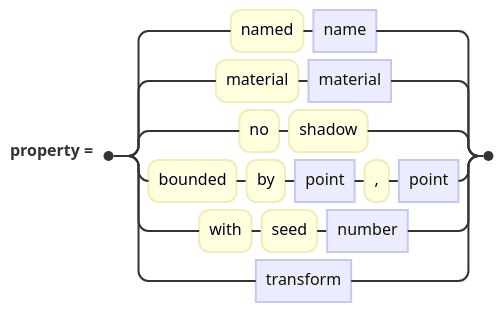
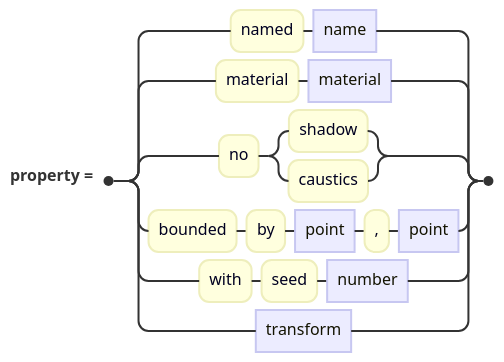
One commit to jskress/RayTracer changed the diagram in docs/diagrams/surfaces/surfaceEntryClause.mmd. Above: the diagram before and after it, drawn with Mermaid. The commit also changed 55 other files, not shown here.

```diff
--- a/docs/diagrams/surfaces/surfaceEntryClause.mmd
+++ b/docs/diagrams/surfaces/surfaceEntryClause.mmd
@@ -1,5 +1,5 @@
 railroad-ebnf-beta
 title "Properties every surface has"
 
-property = "named" name | "material" material | "no" "shadow"
+property = "named" name | "material" material | "no" ( "shadow" | "caustics" )
          | "bounded" "by" point "," point | "with" "seed" number | transform ;
```
